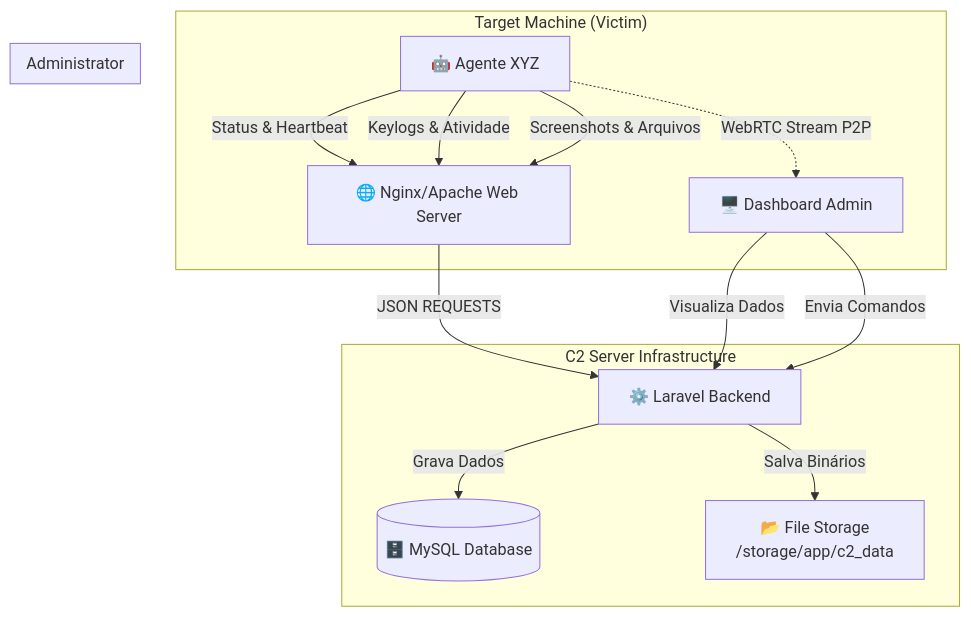
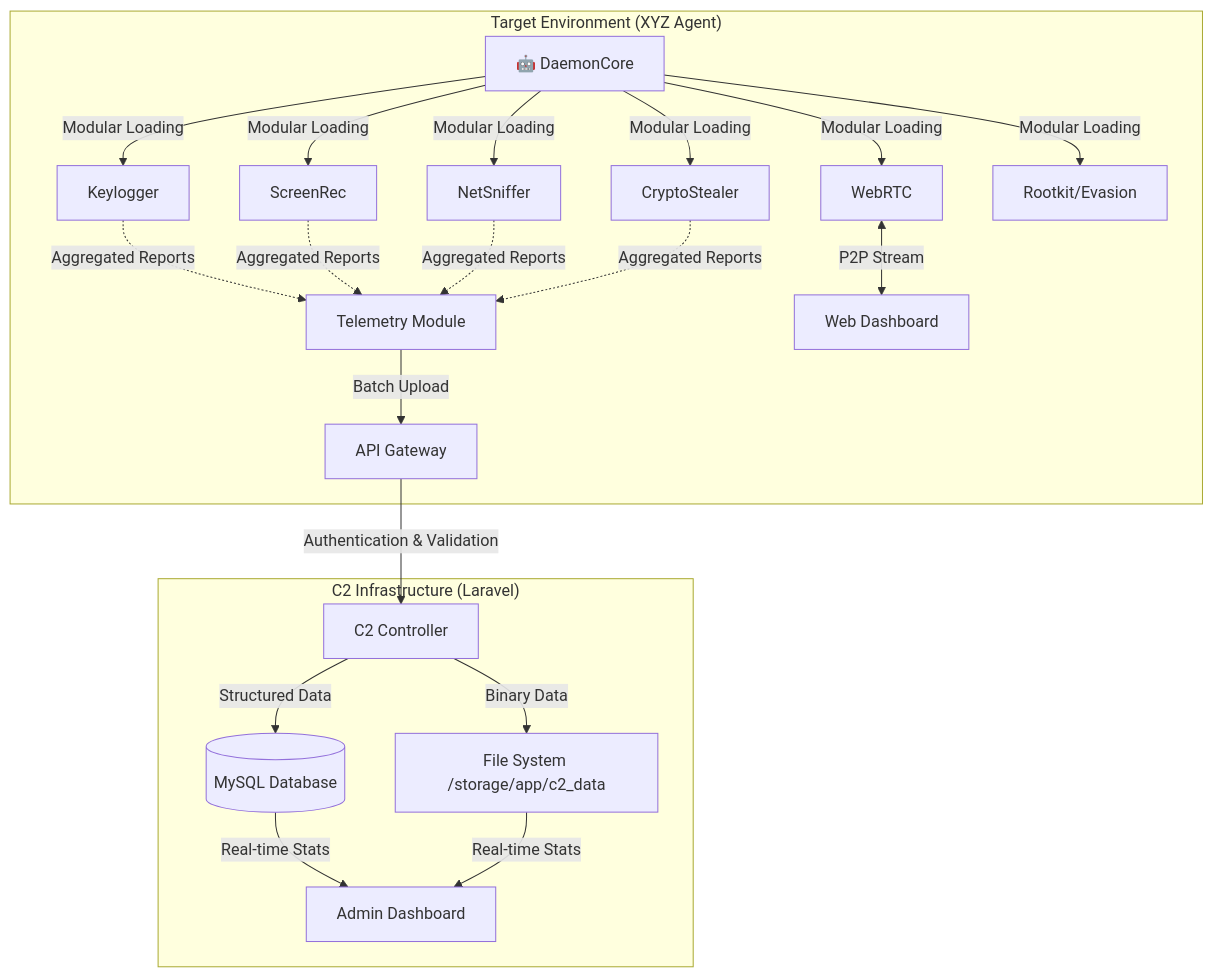
The diagram in README.md (sdfghjkjhgfdjjuu/x), drawn with Mermaid before and after one commit. The commit also changed other lines of this file and 1 other file, not shown here.

````diff
--- a/README.md
+++ b/README.md
@@ -15,22 +15,22 @@
 ```mermaid
 graph TD
-    subgraph "Target Machine (Victim)"
-        A[🤖 Agente XYZ]
-        A -->|Status & Heartbeat| B(API Gateway)
-        A -->|Keylogs & Atividade| B
-        A -->|Screenshots & Arquivos| B
-        A -.->|WebRTC Stream P2P| D[🖥️ Dashboard Admin]
+    subgraph "Target Environment (XYZ Agent)"
+        A[🤖 DaemonCore]
+        A -->|Modular Loading| M1[Keylogger] & M2[ScreenRec] & M3[NetSniffer]
+        A -->|Modular Loading| M4[CryptoStealer] & M5[WebRTC] & M6[Rootkit/Evasion]
+        
+        M1 & M2 & M3 & M4 -.->|Aggregated Reports| T[Telemetry Module]
+        T -->|Batch Upload| API[API Gateway]
+        
+        M5 <-->|P2P Stream| DASH[Web Dashboard]
     end
 
-    subgraph "C2 Server Infrastructure"
-        B[🌐 Nginx/Apache Web Server]
-        B -->|JSON REQUESTS| C[⚙️ Laravel Backend]
-        C -->|Grava Dados| E[(🗄️ MySQL Database)]
-        C -->|Salva Binários| F[📂 File Storage <br/>/storage/app/c2_data]
-    end
-
-    subgraph "Administrator"
-        D -->|Visualiza Dados| C
-        D -->|Envia Comandos| C
+    subgraph "C2 Infrastructure (Laravel)"
+        API -->|Authentication & Validation| CTRL[C2 Controller]
+        
+        CTRL -->|Structured Data| DB[(MySQL Database)]
+        CTRL -->|Binary Data| FS[File System /storage/app/c2_data]
+        
+        DB & FS -->|Real-time Stats| VIEW[Admin Dashboard]
     end
 ```
````
